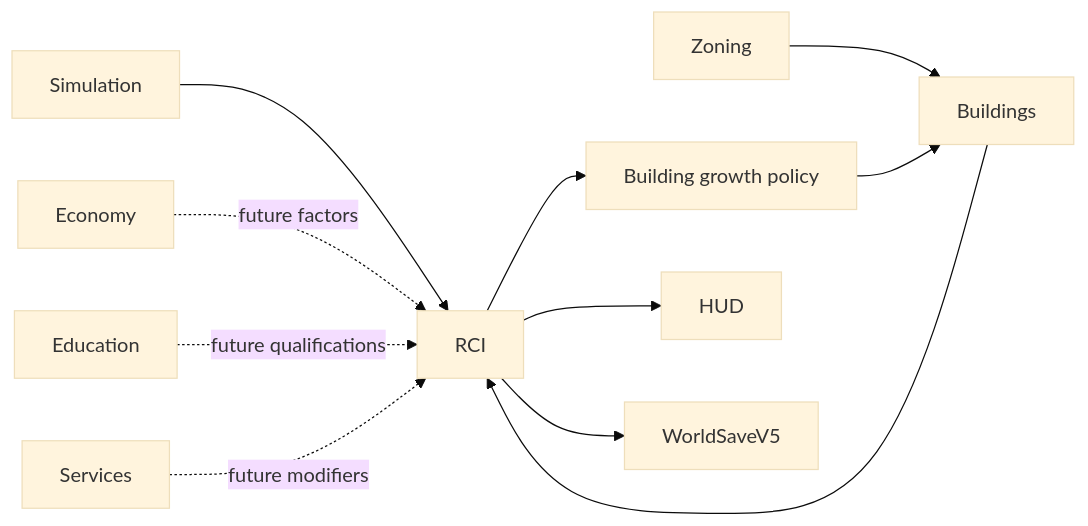
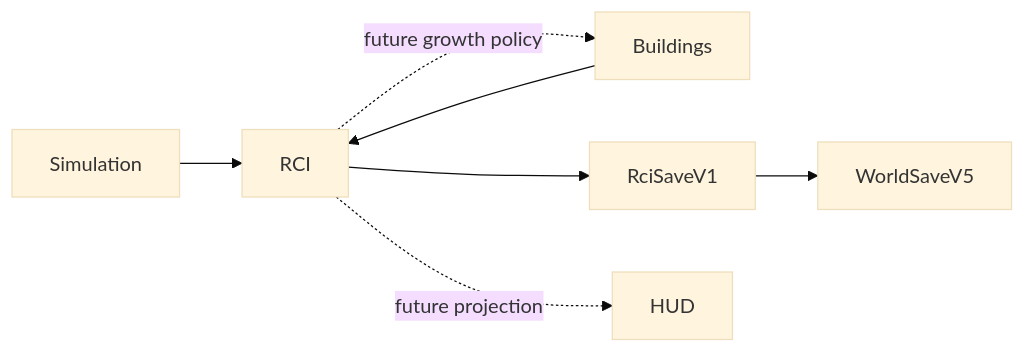
The diagram in docs/systems/rci/README.md (petechatchawan/web-three-city), drawn with Mermaid (base theme) before and after one commit. The commit also changed other lines of this file, not shown here.

Commit message:
docs(rci): record pr1 foundation state

````diff
--- a/docs/systems/rci/README.md
+++ b/docs/systems/rci/README.md
@@ -74,13 +57,9 @@
 ```mermaid
 flowchart LR
   Simulation --> RCI
   Buildings --> RCI
-  Zoning --> Buildings
-  RCI --> GrowthPolicy[Building growth policy]
-  GrowthPolicy --> Buildings
-  RCI --> HUD
-  RCI --> WorldSaveV5
-  Economy -. future factors .-> RCI
-  Education -. future qualifications .-> RCI
-  Services -. future modifiers .-> RCI
+  RCI --> RciSaveV1
+  RciSaveV1 --> WorldSaveV5
+  RCI -. future growth policy .-> Buildings
+  RCI -. future projection .-> HUD
 ```
````
